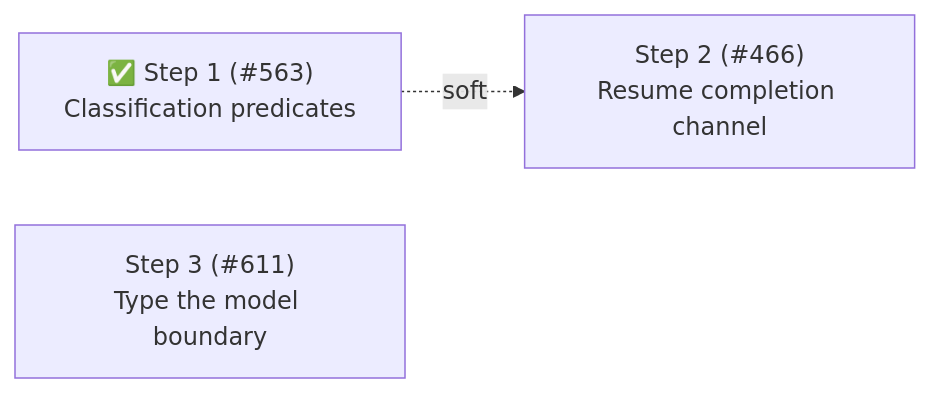
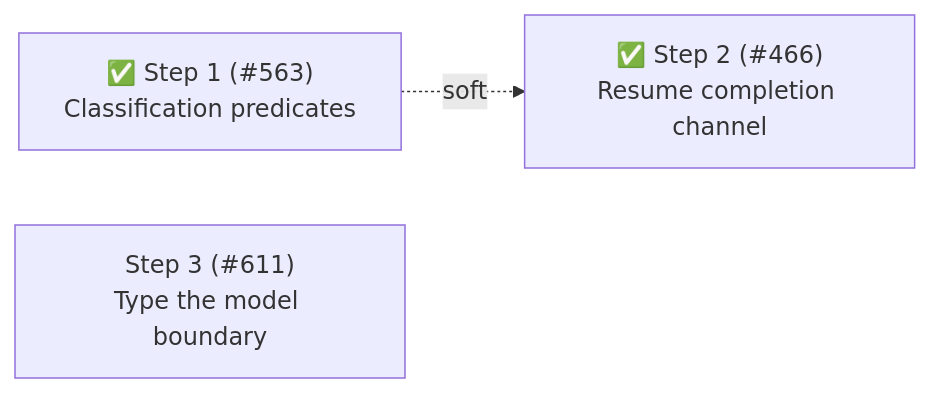
One commit to coderdkai/pi-packages changed the sixth of 6 diagrams in packages/pi-subagents/docs/architecture/architecture.md. Above: the diagram before and after it, drawn with Mermaid. The commit also changed other lines of this file and 1 other file, not shown here.

Commit message:
docs(pi-subagents): document subagents:resumed and land Phase 21 Step 2 (#466)

````diff
--- a/packages/pi-subagents/docs/architecture/architecture.md
+++ b/packages/pi-subagents/docs/architecture/architecture.md
@@ -745,5 +751,5 @@
 ```mermaid
 flowchart LR
-    S1["✅ Step 1 (#563)<br/>Classification predicates"] -.soft.-> S2["Step 2 (#466)<br/>Resume completion channel"]
+    S1["✅ Step 1 (#563)<br/>Classification predicates"] -.soft.-> S2["✅ Step 2 (#466)<br/>Resume completion channel"]
     S3["Step 3 (#611)<br/>Type the model boundary"]
 ```
````
